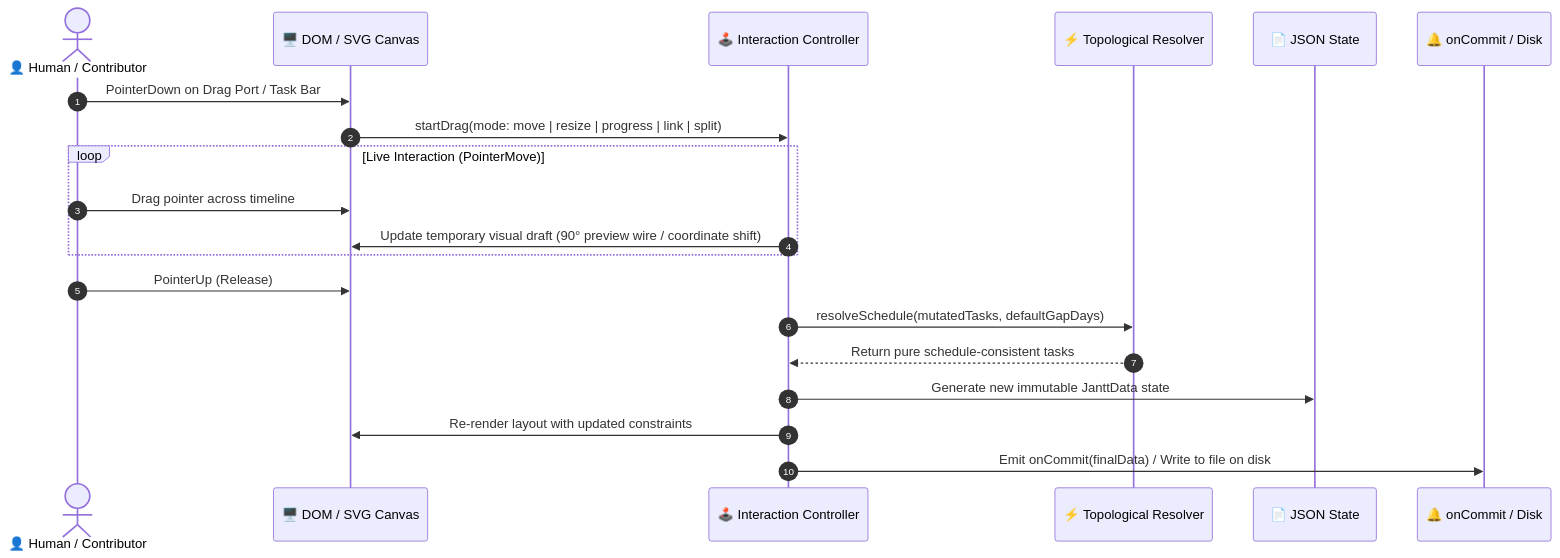
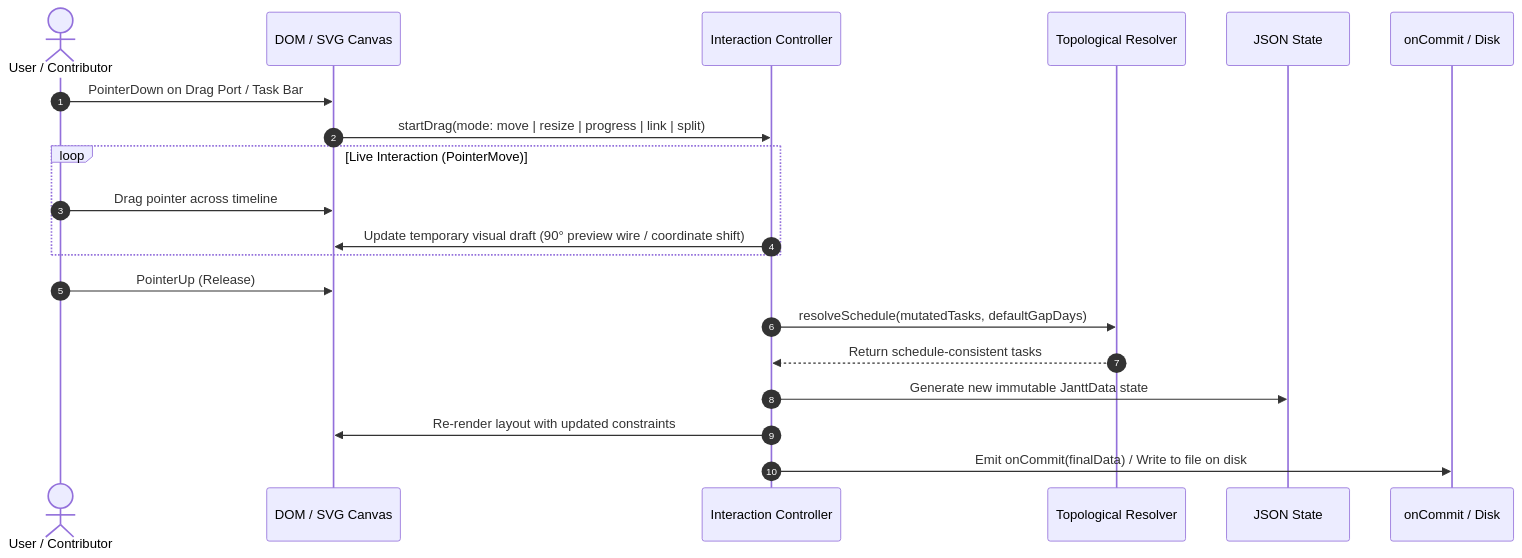
One commit to AhmadHassan-BTed/Jantt changed the second of 2 diagrams in README.md. Above: the diagram before and after it, drawn with Mermaid. The commit also changed other lines of this file and 16 other files, not shown here.

````diff
--- a/README.md
+++ b/README.md
@@ -115,25 +115,25 @@
 ```mermaid
 sequenceDiagram
     autonumber
-    actor User as 👤 Human / Contributor
-    participant DOM as 🖥️ DOM / SVG Canvas
-    participant Controller as 🕹️ Interaction Controller
-    participant Resolver as ⚡ Topological Resolver
-    participant AppState as 📄 JSON State
-    participant Callback as 🔔 onCommit / Disk
+    actor User as User / Contributor
+    participant DOM as DOM / SVG Canvas
+    participant Controller as Interaction Controller
+    participant Resolver as Topological Resolver
+    participant AppState as JSON State
+    participant Callback as onCommit / Disk
 
     User->>DOM: PointerDown on Drag Port / Task Bar
     DOM->>Controller: startDrag(mode: move | resize | progress | link | split)
     
     loop Live Interaction (PointerMove)
         User->>DOM: Drag pointer across timeline
         Controller->>DOM: Update temporary visual draft (90° preview wire / coordinate shift)
     end
 
     User->>DOM: PointerUp (Release)
     Controller->>Resolver: resolveSchedule(mutatedTasks, defaultGapDays)
-    Resolver-->>Controller: Return pure schedule-consistent tasks
+    Resolver-->>Controller: Return schedule-consistent tasks
     Controller->>AppState: Generate new immutable JanttData state
     Controller->>DOM: Re-render layout with updated constraints
     Controller->>Callback: Emit onCommit(finalData) / Write to file on disk
 ```
````
